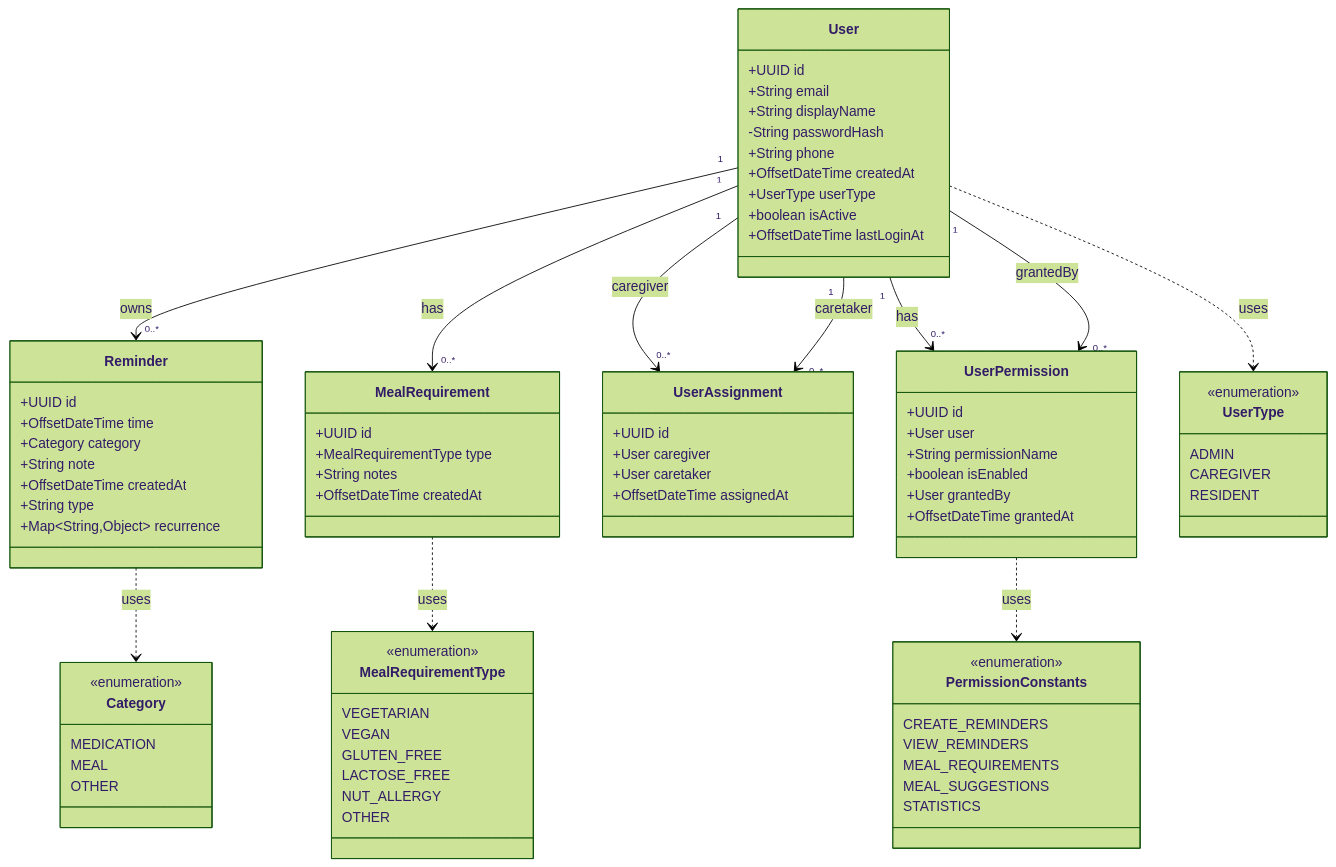
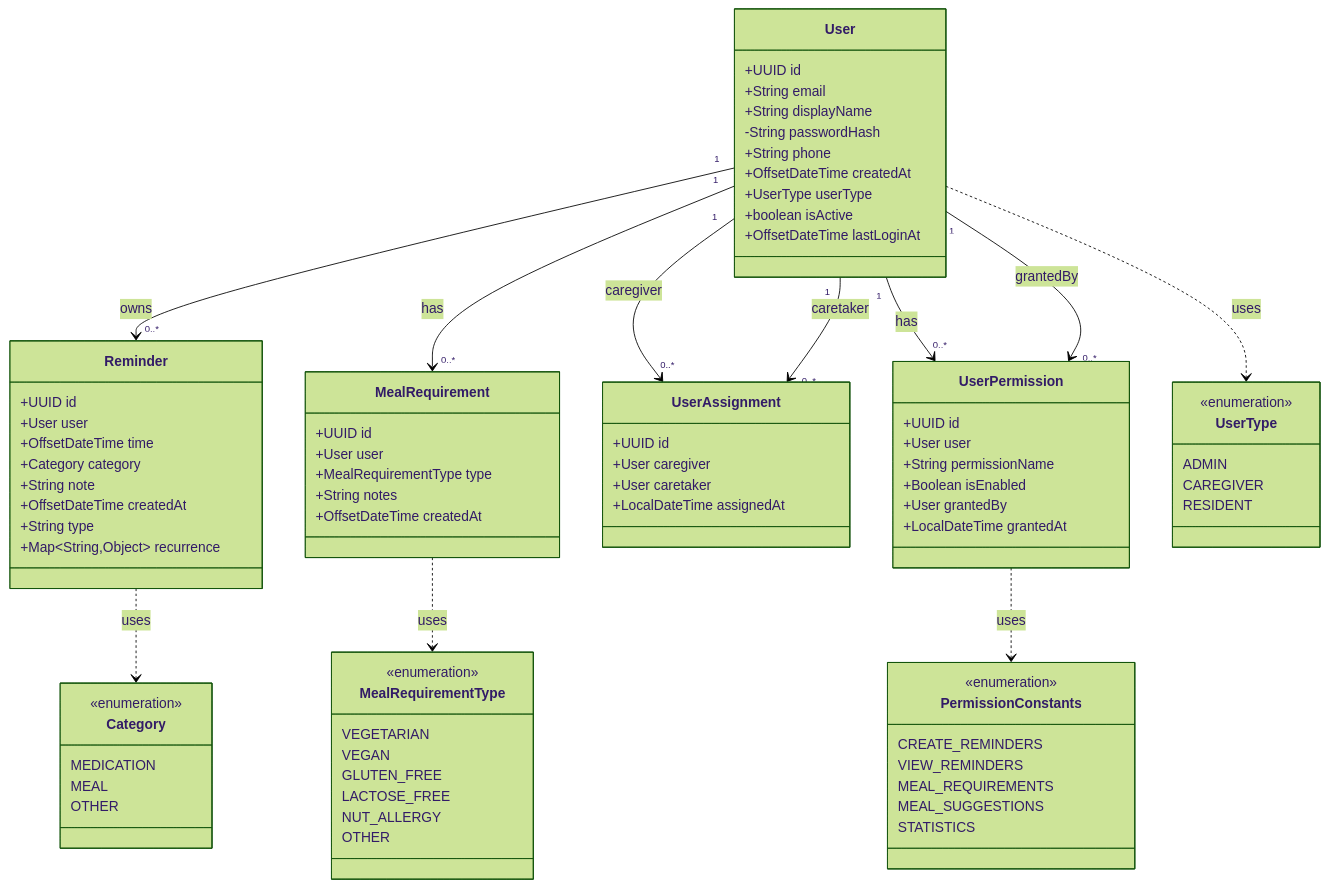
Before and after one commit to Mat-och-sovklocka/mos: the diagram in docs/class-diagram.mmd, drawn with Mermaid (forest theme). The commit also changed 17 other files, not shown here.

```diff
--- a/docs/class-diagram.mmd
+++ b/docs/class-diagram.mmd
@@ -1,89 +1,91 @@
 classDiagram
   class User {
     +UUID id
     +String email
     +String displayName
     -String passwordHash
     +String phone
     +OffsetDateTime createdAt
     +UserType userType
     +boolean isActive
     +OffsetDateTime lastLoginAt
   }
 
   class Reminder {
     +UUID id
+    +User user
     +OffsetDateTime time
     +Category category
     +String note
     +OffsetDateTime createdAt
     +String type
     +Map~String,Object~ recurrence
   }
 
   class MealRequirement {
     +UUID id
+    +User user
     +MealRequirementType type
     +String notes
     +OffsetDateTime createdAt
   }
 
   class UserAssignment {
     +UUID id
     +User caregiver
     +User caretaker
-    +OffsetDateTime assignedAt
+    +LocalDateTime assignedAt
   }
 
   class UserPermission {
     +UUID id
     +User user
     +String permissionName
-    +boolean isEnabled
+    +Boolean isEnabled
     +User grantedBy
-    +OffsetDateTime grantedAt
+    +LocalDateTime grantedAt
   }
 
   class Category {
     <<enumeration>>
     MEDICATION
     MEAL
     OTHER
   }
 
   class MealRequirementType {
     <<enumeration>>
     VEGETARIAN
     VEGAN
     GLUTEN_FREE
     LACTOSE_FREE
     NUT_ALLERGY
     OTHER
   }
 
   class UserType {
     <<enumeration>>
     ADMIN
     CAREGIVER
     RESIDENT
   }
 
   class PermissionConstants {
     <<enumeration>>
     CREATE_REMINDERS
     VIEW_REMINDERS
     MEAL_REQUIREMENTS
     MEAL_SUGGESTIONS
     STATISTICS
   }
 
   User "1" --> "0..*" Reminder : owns
   User "1" --> "0..*" MealRequirement : has
   User "1" --> "0..*" UserAssignment : caregiver
   User "1" --> "0..*" UserAssignment : caretaker
   User "1" --> "0..*" UserPermission : has
   User "1" --> "0..*" UserPermission : grantedBy
   Reminder ..> Category : uses
   MealRequirement ..> MealRequirementType : uses
   User ..> UserType : uses
   UserPermission ..> PermissionConstants : uses
```
